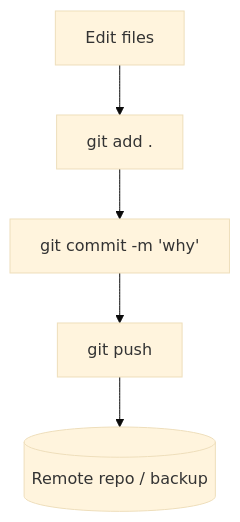
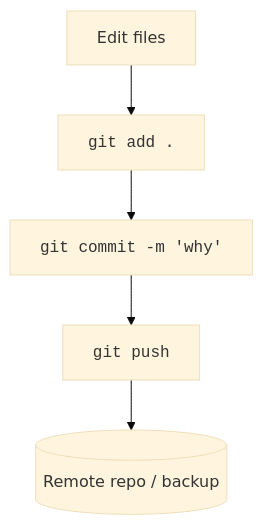
Before and after one commit to dataslope/dataslope: the diagram in content/learn/practical-r-for-beginners/scripts-and-projects.mdx, drawn with Mermaid (base theme). The commit also changed 56 other files, not shown here.

````diff
--- a/content/learn/practical-r-for-beginners/scripts-and-projects.mdx
+++ b/content/learn/practical-r-for-beginners/scripts-and-projects.mdx
@@ -188,7 +188,7 @@
 ```mermaid
 flowchart TD
-  edit["Edit files"] --> stage["git add ."]
-  stage --> commit["git commit -m 'why'"]
-  commit --> push["git push"]
+  edit["Edit files"] --> stage["<code>git add .</code>"]
+  stage --> commit["<code>git commit -m 'why'</code>"]
+  commit --> push["<code>git push</code>"]
   push --> remote[("Remote repo / backup")]
 ```
````
